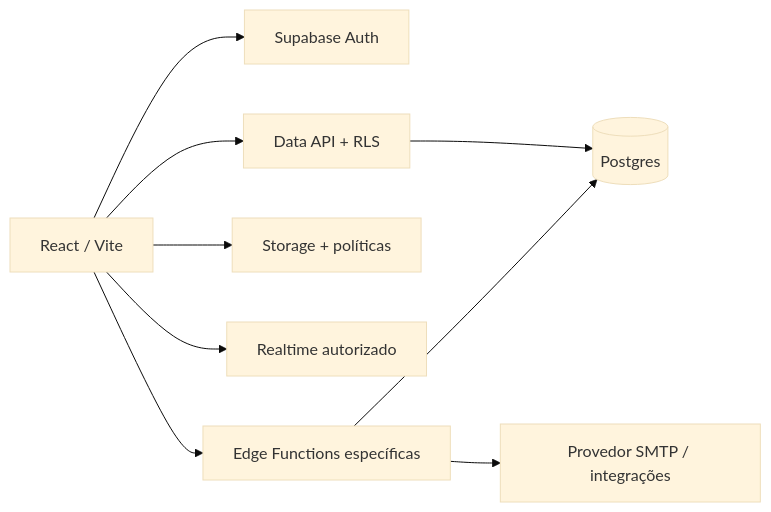
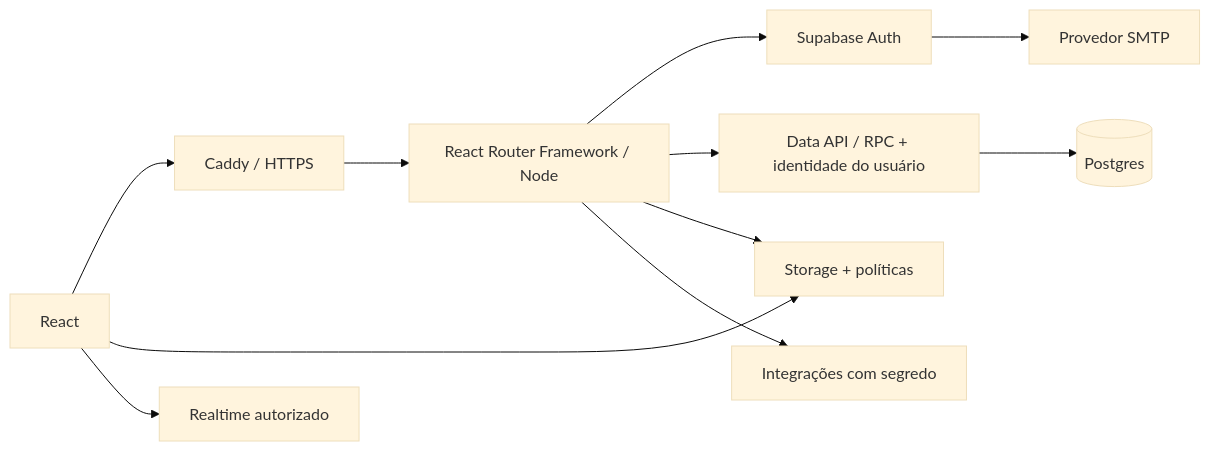
Before and after one commit to IgnisDevNE/CircuitoNE: the diagram in docs/architecture/backend-and-data.md, drawn with Mermaid (base theme). The commit also changed other lines of this file and 9 other files, not shown here.

````diff
--- a/docs/architecture/backend-and-data.md
+++ b/docs/architecture/backend-and-data.md
@@ -7,11 +7,13 @@
 ```mermaid
 flowchart LR
-  Browser[React / Vite] --> Auth[Supabase Auth]
-  Browser --> API[Data API + RLS]
+  Browser[React] --> Proxy[Caddy / HTTPS]
+  Proxy --> App[React Router Framework / Node]
+  App --> Auth[Supabase Auth]
+  App --> API[Data API / RPC + identidade do usuário]
   API --> DB[(Postgres)]
   Browser --> Files[Storage + políticas]
   Browser --> RT[Realtime autorizado]
-  Browser --> Edge[Edge Functions específicas]
-  Edge --> DB
-  Edge --> Mail[Provedor SMTP / integrações]
+  App --> Files
+  App --> External[Integrações com segredo]
+  Auth --> Mail[Provedor SMTP]
 ```
````
